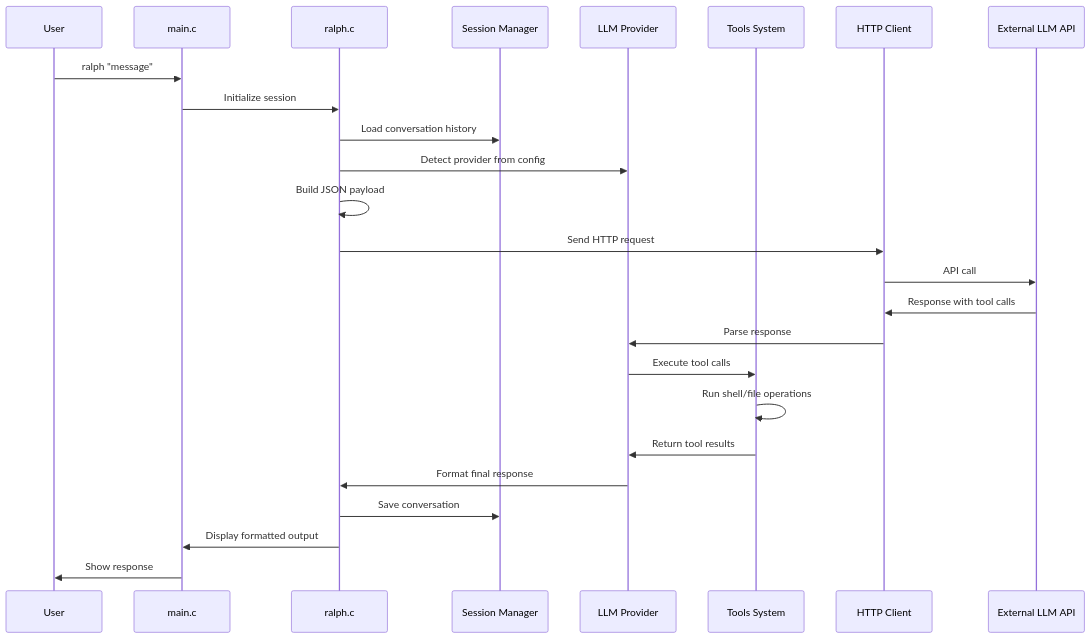
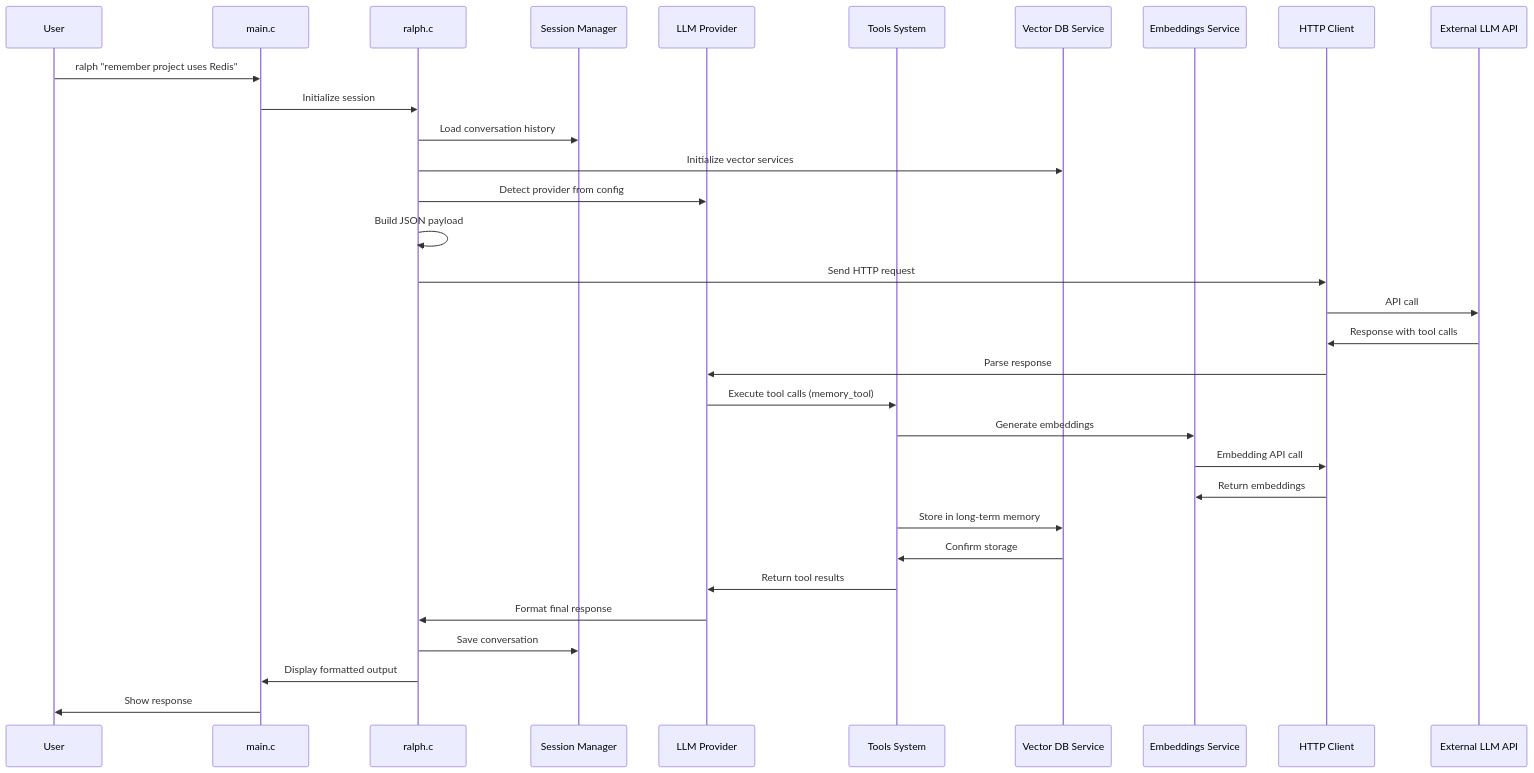
Before and after one commit to tgittos/scaffold: the second of 8 diagrams in ARCHITECTURE.md, drawn with Mermaid. The commit also changed other lines of this file and 21 other files, not shown here.

First line of the commit message:
docs: Update README and ARCHITECTURE for vector database and memory features

````diff
--- a/ARCHITECTURE.md
+++ b/ARCHITECTURE.md
@@ -96,28 +134,35 @@
 ```mermaid
 sequenceDiagram
     participant User
     participant CLI as main.c
     participant Core as ralph.c
     participant Session as Session Manager
     participant Provider as LLM Provider
     participant Tools as Tools System
+    participant VectorDB as Vector DB Service
+    participant Embeddings as Embeddings Service
     participant Network as HTTP Client
     participant LLM as External LLM API
     
-    User->>CLI: ralph "message"
+    User->>CLI: ralph "remember project uses Redis"
     CLI->>Core: Initialize session
     Core->>Session: Load conversation history
+    Core->>VectorDB: Initialize vector services
     Core->>Provider: Detect provider from config
     Core->>Core: Build JSON payload
     Core->>Network: Send HTTP request
     Network->>LLM: API call
     LLM->>Network: Response with tool calls
     Network->>Provider: Parse response
-    Provider->>Tools: Execute tool calls
-    Tools->>Tools: Run shell/file operations
+    Provider->>Tools: Execute tool calls (memory_tool)
+    Tools->>Embeddings: Generate embeddings
+    Embeddings->>Network: Embedding API call
+    Network->>Embeddings: Return embeddings
+    Tools->>VectorDB: Store in long-term memory
+    VectorDB->>Tools: Confirm storage
     Tools->>Provider: Return tool results
     Provider->>Core: Format final response
     Core->>Session: Save conversation
     Core->>CLI: Display formatted output
     CLI->>User: Show response
 ```
````
